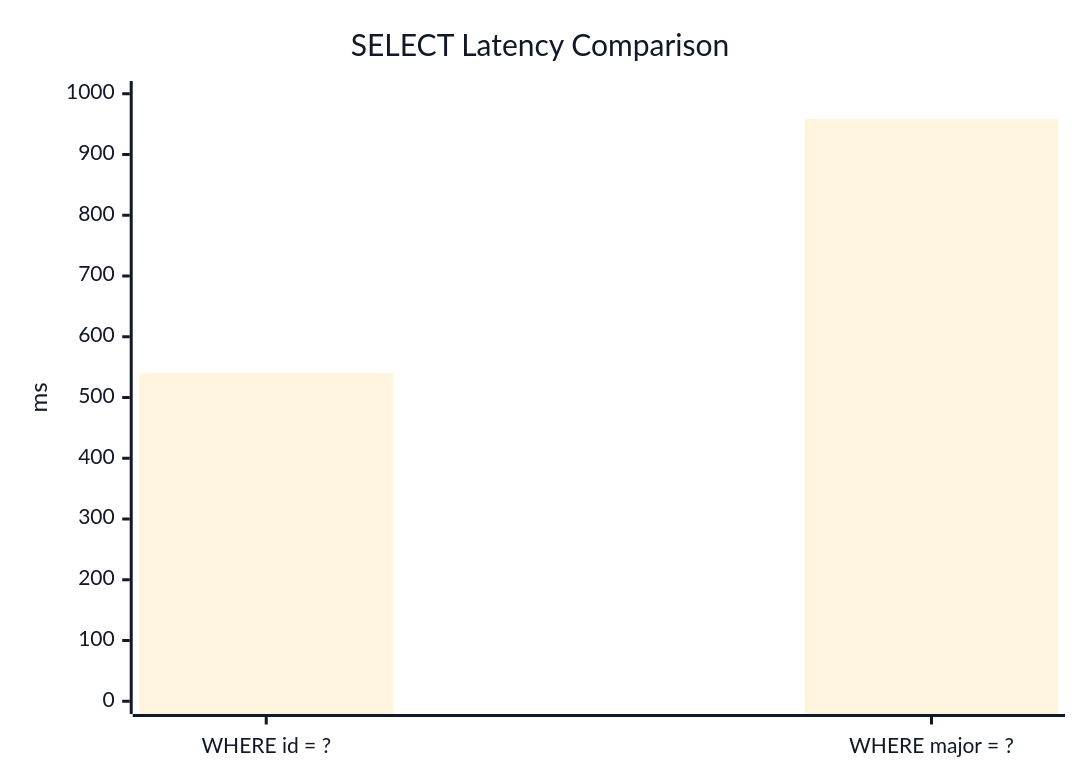
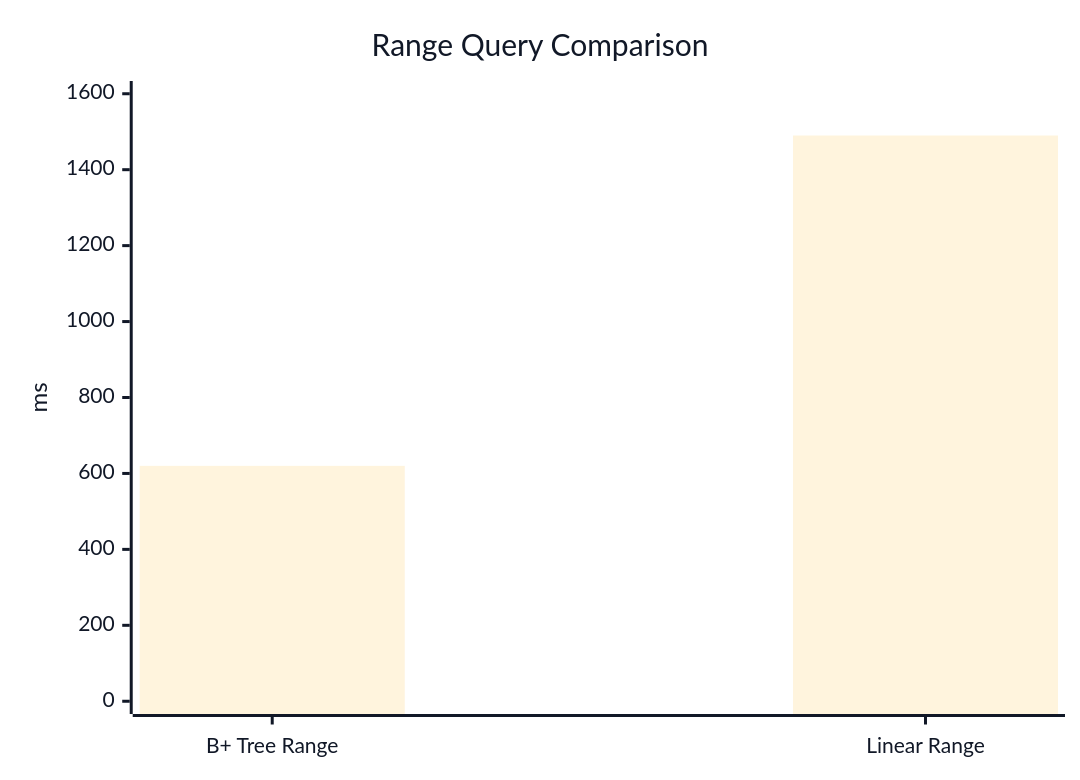
Before and after one commit to Jungle-12-303/week7-team1-sql-2: diagram 14 of 14 in README.md, drawn with Mermaid. The commit also changed other lines of this file and 19 other files, not shown here.

````diff
--- a/README.md
+++ b/README.md
@@ -705,21 +724,21 @@
 ```mermaid
 %%{init: {
   "theme": "base",
   "themeVariables": {
     "background": "#ffffff",
     "primaryColor": "#f8fafc",
     "primaryTextColor": "#111827",
     "primaryBorderColor": "#334155",
     "lineColor": "#475569",
     "secondaryColor": "#f1f5f9",
     "secondaryTextColor": "#111827",
     "tertiaryColor": "#e2e8f0",
     "tertiaryTextColor": "#111827"
   }
 }}%%
 xychart-beta
-    title "SELECT Latency Comparison"
-    x-axis ["WHERE id = ?", "WHERE major = ?"]
-    y-axis "ms" 0 --> 1000
-    bar [540, 958]
+    title "Range Query Comparison"
+    x-axis ["B+ Tree Range", "Linear Range"]
+    y-axis "ms" 0 --> 1600
+    bar [620, 1490]
 ```
````
